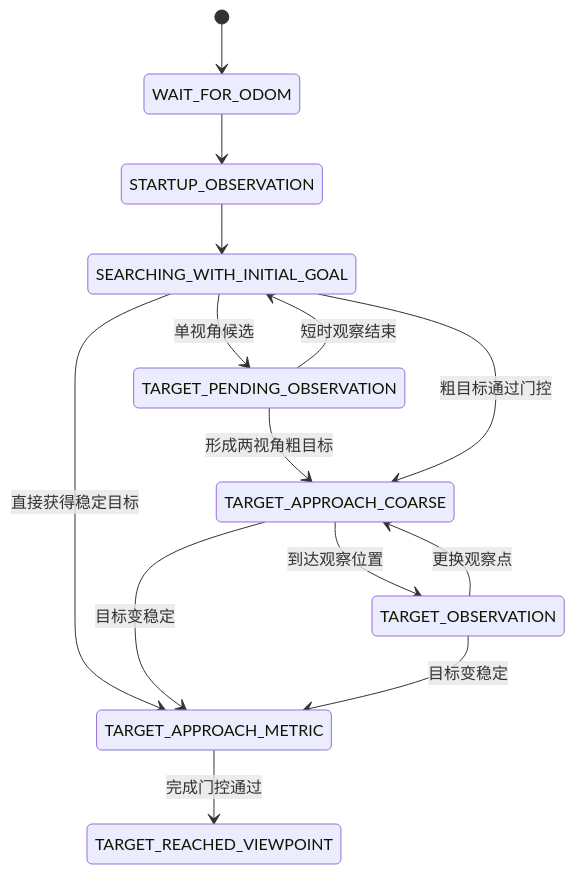
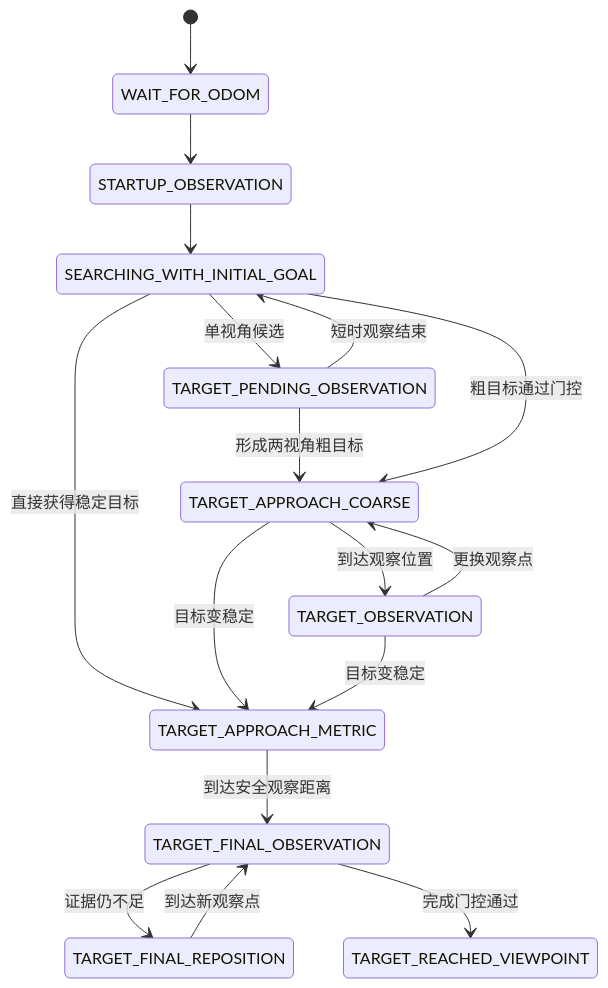
The first of 2 diagrams in graph_construction/docs/details/target_exploration.md (wycaca/wildos), drawn with Mermaid before and after one commit. The commit also changed other lines of this file and 8 other files, not shown here.

````diff
--- a/graph_construction/docs/details/target_exploration.md
+++ b/graph_construction/docs/details/target_exploration.md
@@ -33,16 +33,19 @@
 ```mermaid
 stateDiagram-v2
     [*] --> WAIT_FOR_ODOM
     WAIT_FOR_ODOM --> STARTUP_OBSERVATION
     STARTUP_OBSERVATION --> SEARCHING_WITH_INITIAL_GOAL
     SEARCHING_WITH_INITIAL_GOAL --> TARGET_PENDING_OBSERVATION: 单视角候选
     TARGET_PENDING_OBSERVATION --> SEARCHING_WITH_INITIAL_GOAL: 短时观察结束
     TARGET_PENDING_OBSERVATION --> TARGET_APPROACH_COARSE: 形成两视角粗目标
     SEARCHING_WITH_INITIAL_GOAL --> TARGET_APPROACH_COARSE: 粗目标通过门控
     TARGET_APPROACH_COARSE --> TARGET_OBSERVATION: 到达观察位置
     TARGET_OBSERVATION --> TARGET_APPROACH_COARSE: 更换观察点
     SEARCHING_WITH_INITIAL_GOAL --> TARGET_APPROACH_METRIC: 直接获得稳定目标
     TARGET_APPROACH_COARSE --> TARGET_APPROACH_METRIC: 目标变稳定
     TARGET_OBSERVATION --> TARGET_APPROACH_METRIC: 目标变稳定
-    TARGET_APPROACH_METRIC --> TARGET_REACHED_VIEWPOINT: 完成门控通过
+    TARGET_APPROACH_METRIC --> TARGET_FINAL_OBSERVATION: 到达安全观察距离
+    TARGET_FINAL_OBSERVATION --> TARGET_FINAL_REPOSITION: 证据仍不足
+    TARGET_FINAL_REPOSITION --> TARGET_FINAL_OBSERVATION: 到达新观察点
+    TARGET_FINAL_OBSERVATION --> TARGET_REACHED_VIEWPOINT: 完成门控通过
 ```
````
